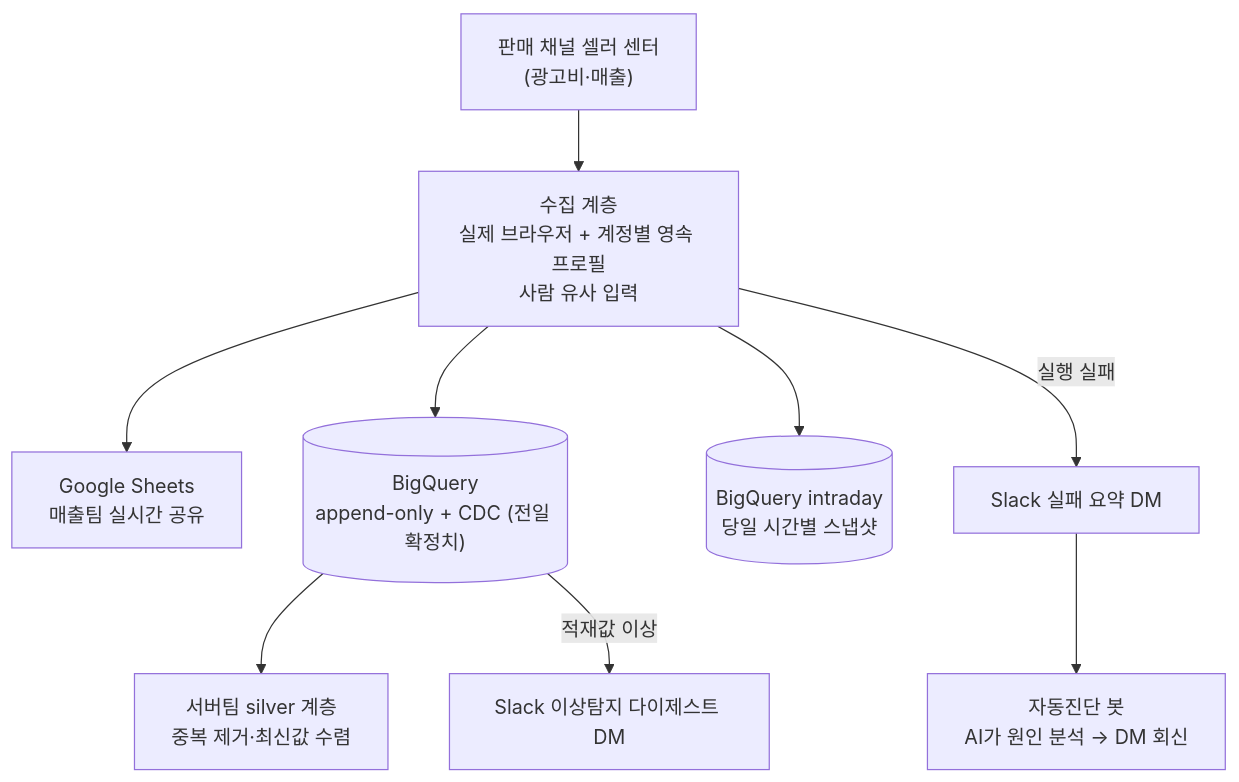
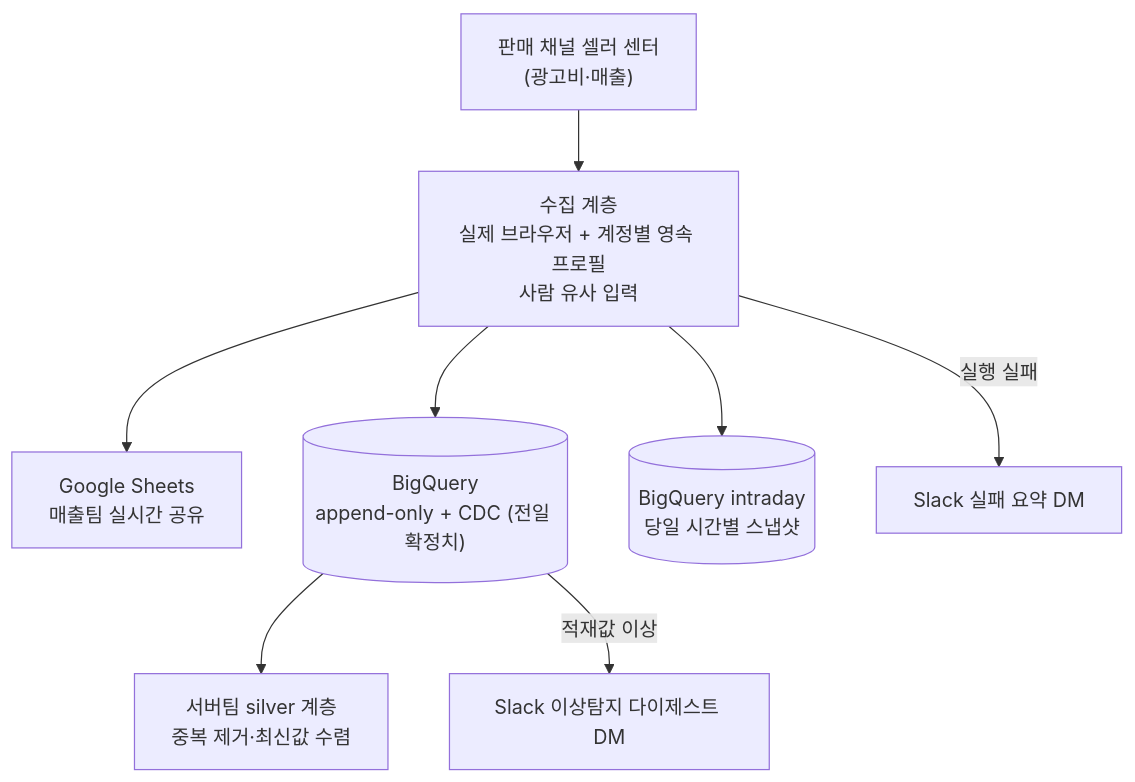
One commit to jinseungyeol/case-studies changed the diagram in commerce-data-pipeline/README.md. Above: the diagram before and after it, drawn with Mermaid. The commit also changed other lines of this file and 12 other files, not shown here.

````diff
--- a/commerce-data-pipeline/README.md
+++ b/commerce-data-pipeline/README.md
@@ -20,12 +19,11 @@
 ```mermaid
 flowchart TD
     SRC["판매 채널 셀러 센터<br/>(광고비·매출)"] --> CR["수집 계층<br/>실제 브라우저 + 계정별 영속 프로필<br/>사람 유사 입력"]
     CR --> GS["Google Sheets<br/>매출팀 실시간 공유"]
     CR --> BQ[("BigQuery<br/>append-only + CDC (전일 확정치)")]
     CR --> IQ[("BigQuery intraday<br/>당일 시간별 스냅샷")]
     BQ --> SV["서버팀 silver 계층<br/>중복 제거·최신값 수렴"]
 
     CR -->|"실행 실패"| AL["Slack 실패 요약 DM"]
     BQ -->|"적재값 이상"| DG["Slack 이상탐지 다이제스트 DM"]
-    AL --> DIAG["자동진단 봇<br/>AI가 원인 분석 → DM 회신"]
 ```
````
